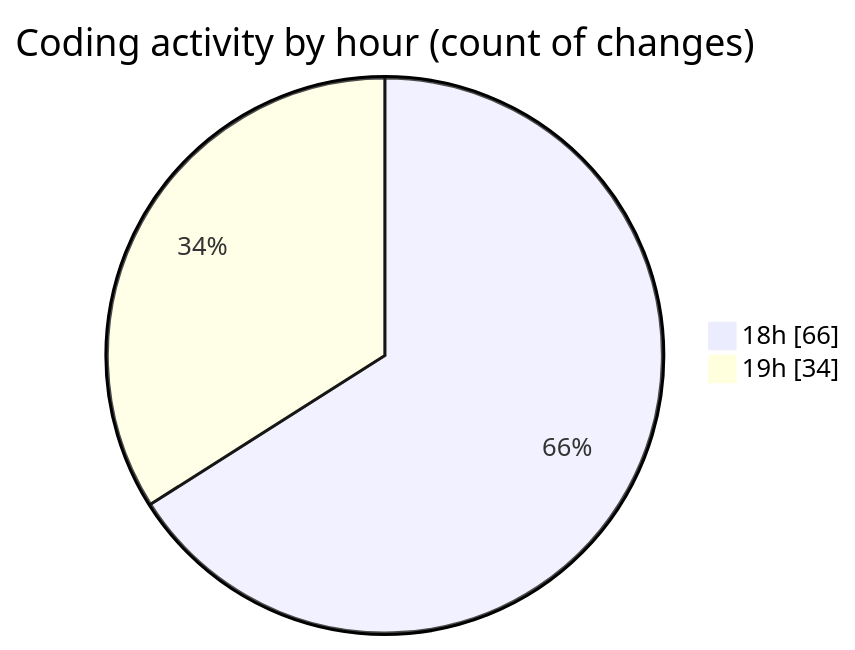
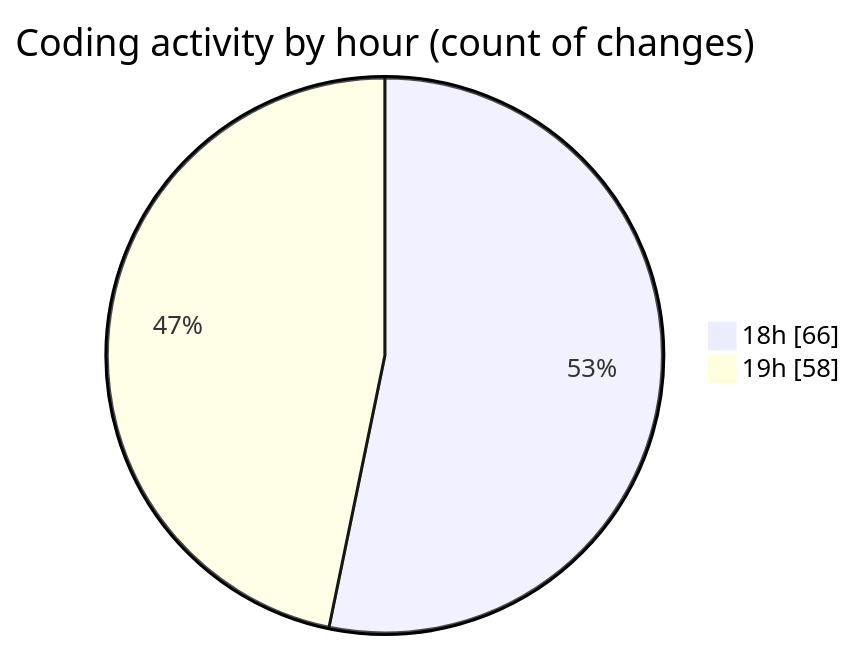
One commit to Ritupan-Deka/code-tracking changed the second of 2 diagrams in 2025-07-16/mern-workoutboard/README.md. Above: the diagram before and after it, drawn with Mermaid. The commit also changed other lines of this file and 1 other file, not shown here.

````diff
--- a/2025-07-16/mern-workoutboard/README.md
+++ b/2025-07-16/mern-workoutboard/README.md
@@ -33,6 +33,6 @@
 ```mermaid
 pie showData
 title Coding activity by hour (count of changes)
 "18h" : 66
-"19h" : 34
+"19h" : 58
 ```
````
